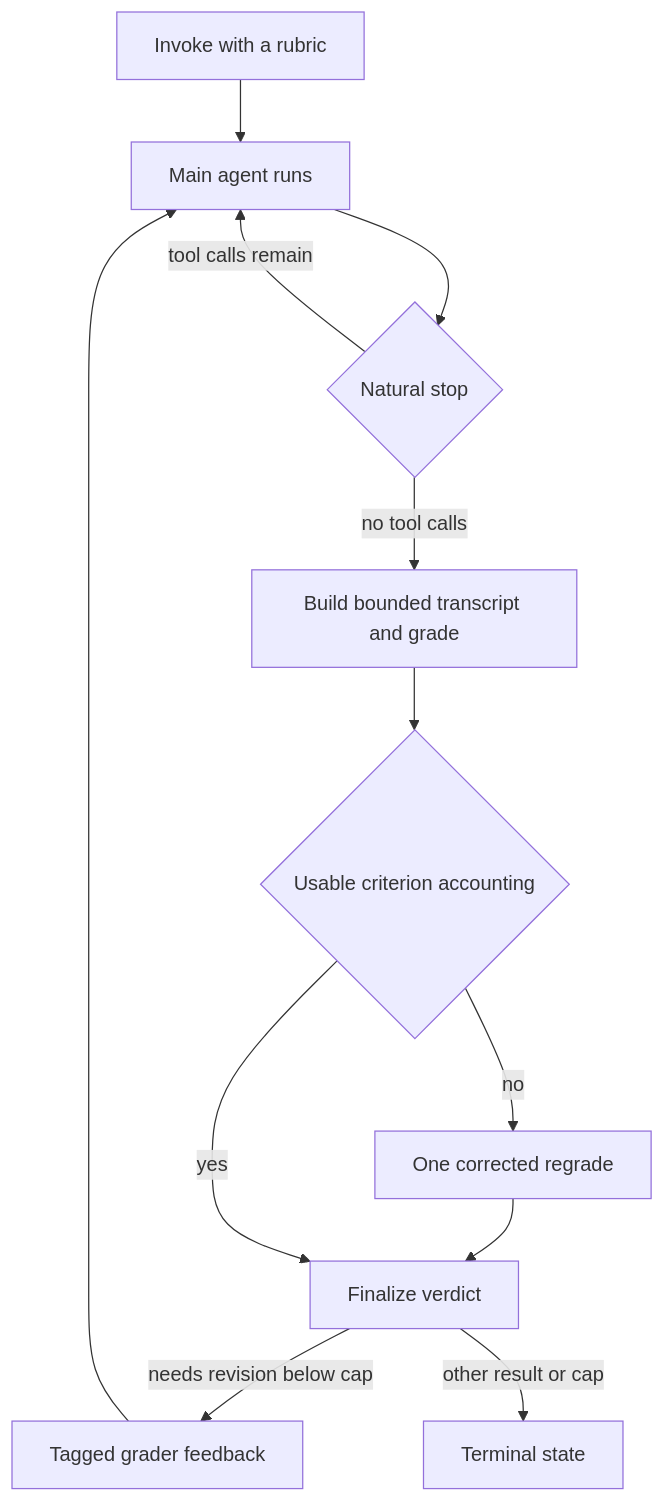
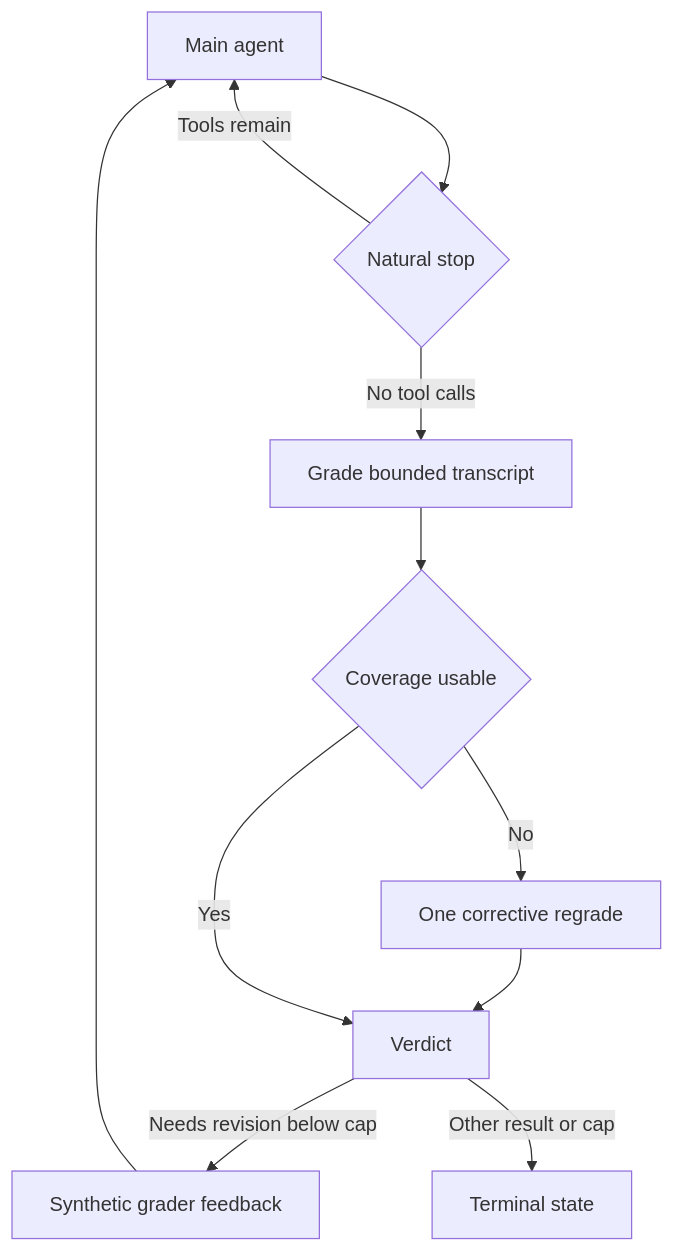
The second of 2 diagrams in openwiki/concepts/middleware-catalog.md (langchain-ai/deepagents), drawn with Mermaid before and after one commit. The commit also changed other lines of this file and 44 other files, not shown here.

````diff
--- a/openwiki/concepts/middleware-catalog.md
+++ b/openwiki/concepts/middleware-catalog.md
@@ -91,14 +72,13 @@
 ```mermaid
 flowchart TD
-    Invoke["Invoke with a rubric"] --> Main["Main agent runs"]
-    Main --> Stop{"Natural stop"}
-    Stop -->|"tool calls remain"| Main
-    Stop -->|"no tool calls"| Grade["Build bounded transcript and grade"]
-    Grade --> Coverage{"Usable criterion accounting"}
-    Coverage -->|"no"| Retry["One corrected regrade"]
-    Retry --> Verdict["Finalize verdict"]
-    Coverage -->|"yes"| Verdict
-    Verdict -->|"needs revision below cap"| Feedback["Tagged grader feedback"]
+    Main["Main agent"] --> Stop{"Natural stop"}
+    Stop -->|"Tools remain"| Main
+    Stop -->|"No tool calls"| Grade["Grade bounded transcript"]
+    Grade --> Check{"Coverage usable"}
+    Check -->|"No"| Retry["One corrective regrade"]
+    Retry --> Verdict["Verdict"]
+    Check -->|"Yes"| Verdict
+    Verdict -->|"Needs revision below cap"| Feedback["Synthetic grader feedback"]
     Feedback --> Main
-    Verdict -->|"other result or cap"| Done["Terminal state"]
+    Verdict -->|"Other result or cap"| Final["Terminal state"]
 ```
````
